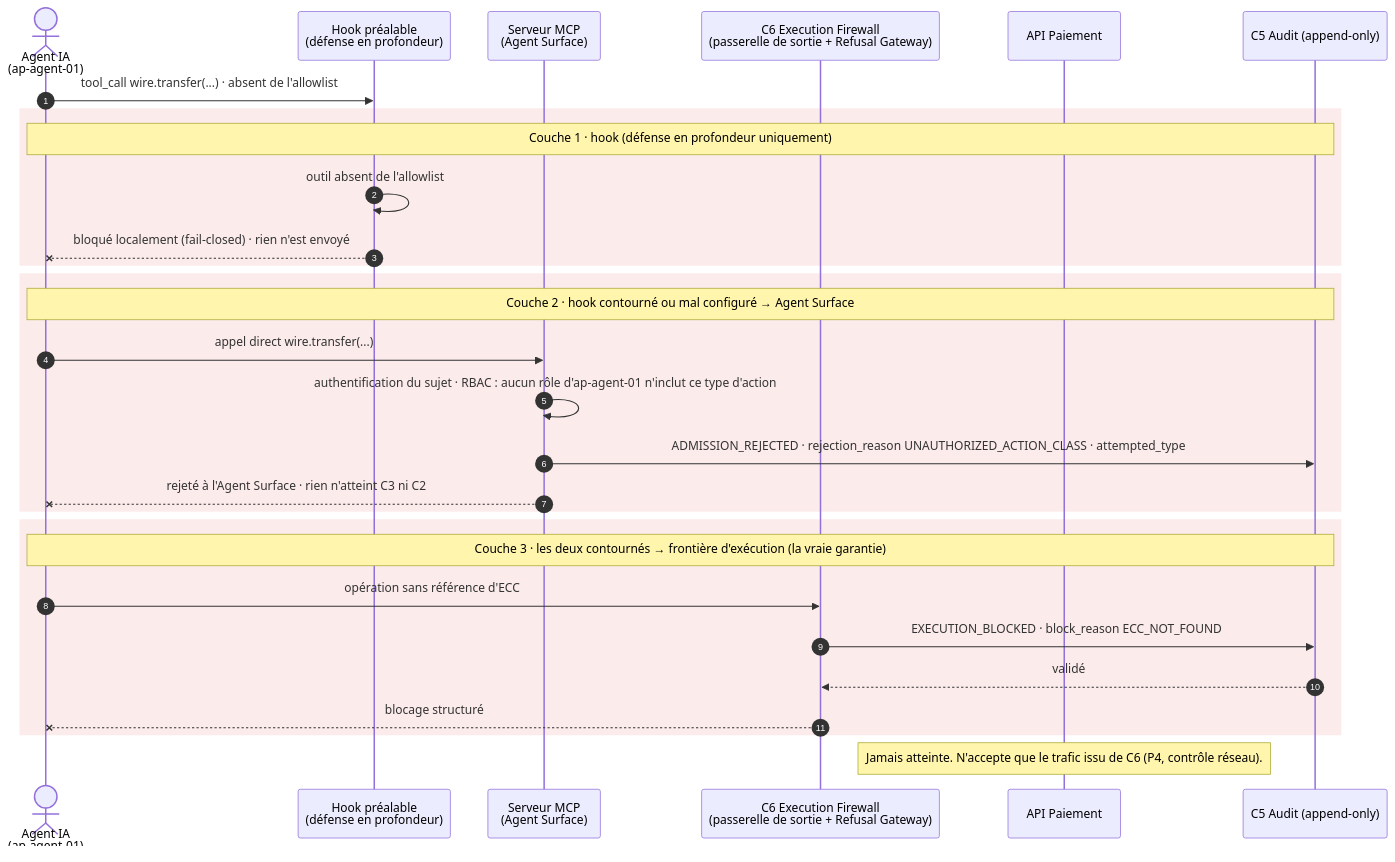
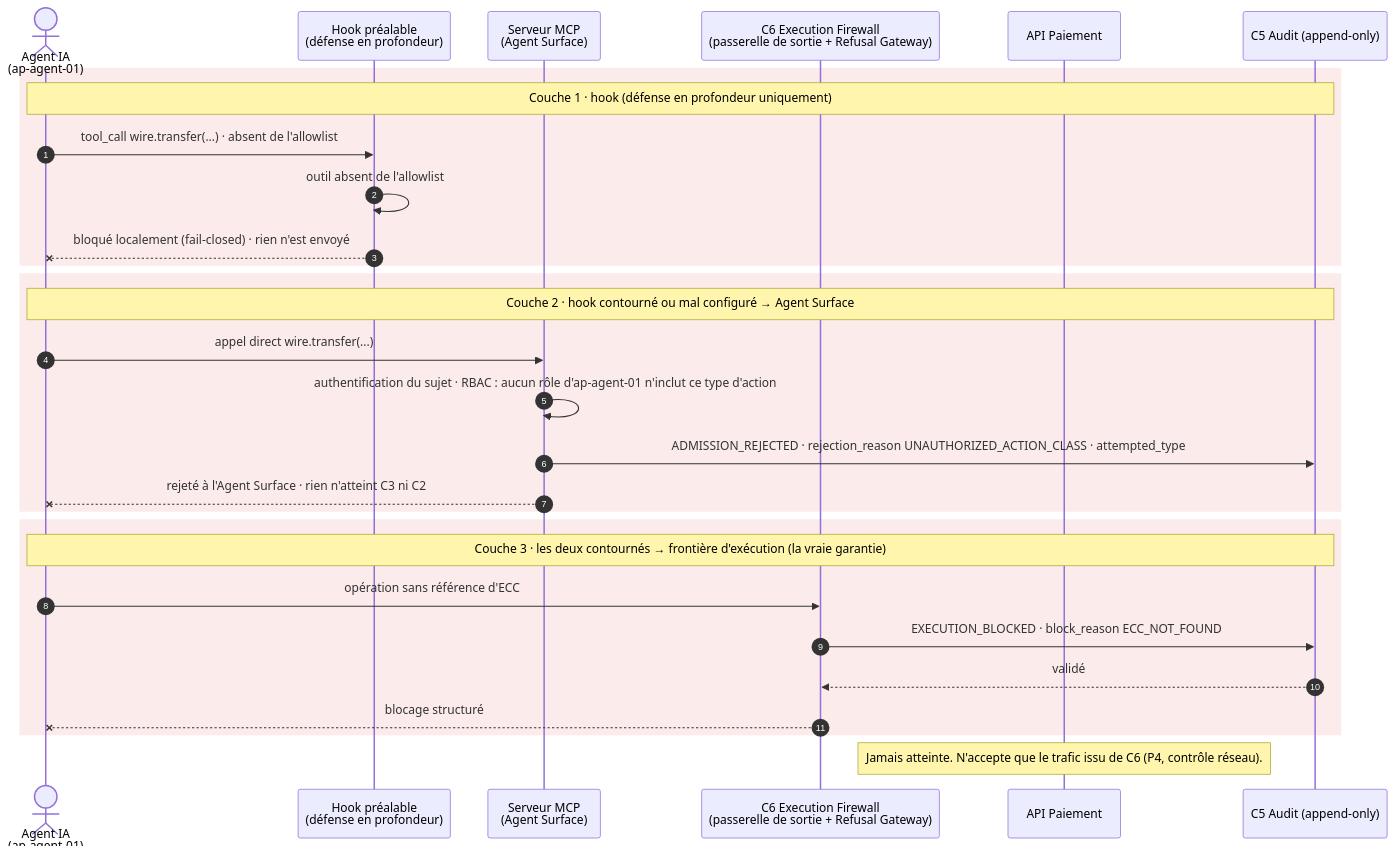
Before and after one commit to CROA-Project/CROA: the diagram in docs/examples/payment-via-mcp/fr/04-unregistered-tool.md, drawn with Mermaid. The commit also changed 13 other files, not shown here.

First line of the commit message:
docs: number payment-example diagrams from the agent's call

````diff
--- a/docs/examples/payment-via-mcp/fr/04-unregistered-tool.md
+++ b/docs/examples/payment-via-mcp/fr/04-unregistered-tool.md
@@ -13,34 +13,33 @@
 ```mermaid
 sequenceDiagram
     autonumber
     actor AG as Agent IA<br/>(ap-agent-01)
     participant HK as Hook préalable<br/>(défense en profondeur)
     participant SRV as Serveur MCP<br/>(Agent Surface)
     participant C6 as C6 Execution Firewall<br/>(passerelle de sortie + Refusal Gateway)
     participant API as API Paiement
     participant C5 as C5 Audit (append-only)
 
-    AG->>HK: tool_call wire.transfer(...) · absent de l'allowlist
-
     rect rgba(220, 60, 60, 0.10)
         Note over AG,C5: Couche 1 · hook (défense en profondeur uniquement)
+        AG->>HK: tool_call wire.transfer(...) · absent de l'allowlist
         HK->>HK: outil absent de l'allowlist
         HK--xAG: bloqué localement (fail-closed) · rien n'est envoyé
     end
     rect rgba(220, 60, 60, 0.10)
         Note over AG,C5: Couche 2 · hook contourné ou mal configuré → Agent Surface
         AG->>SRV: appel direct wire.transfer(...)
         SRV->>SRV: authentification du sujet · RBAC : aucun rôle d'ap-agent-01 n'inclut ce type d'action
         SRV->>C5: ADMISSION_REJECTED · rejection_reason UNAUTHORIZED_ACTION_CLASS · attempted_type
         SRV--xAG: rejeté à l'Agent Surface · rien n'atteint C3 ni C2
     end
     rect rgba(220, 60, 60, 0.10)
         Note over AG,C5: Couche 3 · les deux contournés → frontière d'exécution (la vraie garantie)
         AG->>C6: opération sans référence d'ECC
         C6->>C5: EXECUTION_BLOCKED · block_reason ECC_NOT_FOUND
         C5-->>C6: validé
         C6--xAG: blocage structuré
     end
 
     Note over API: Jamais atteinte. N'accepte que le trafic issu de C6 (P4, contrôle réseau).
 ```
````
